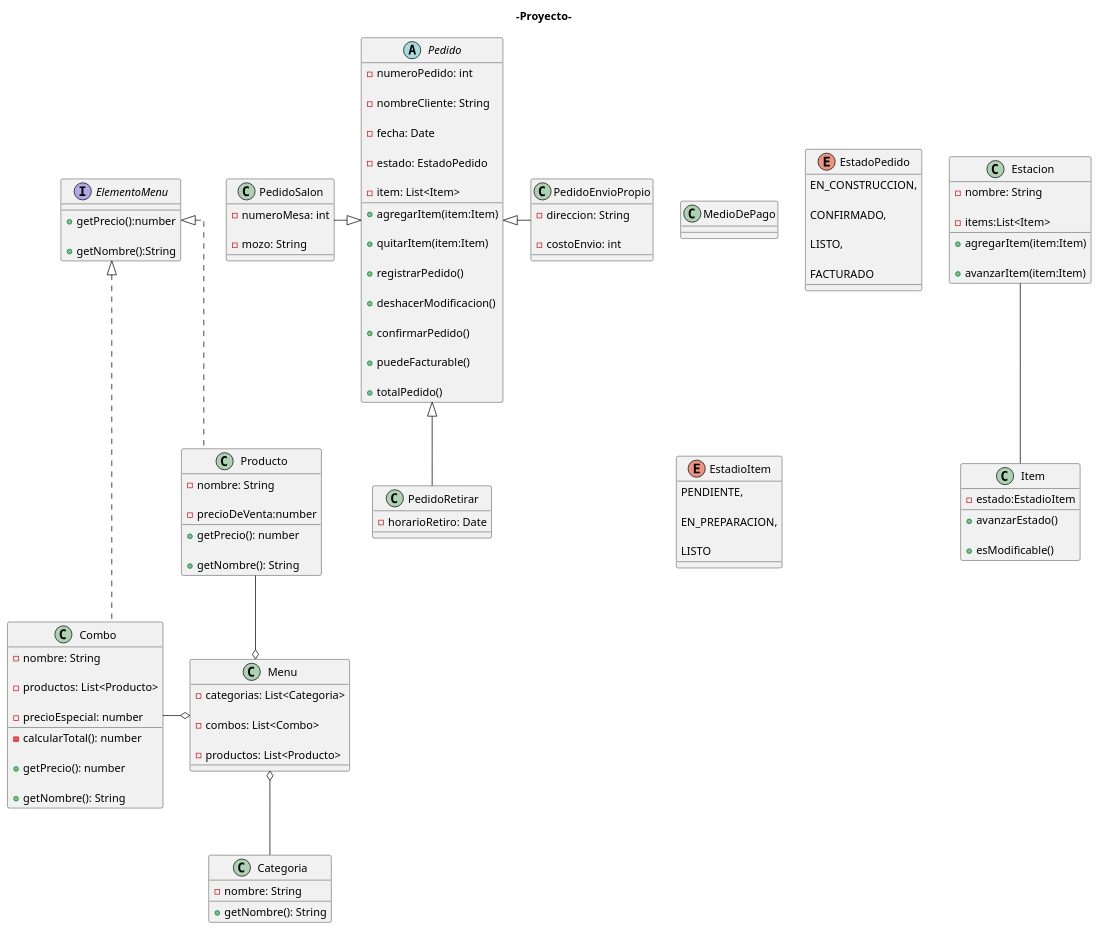
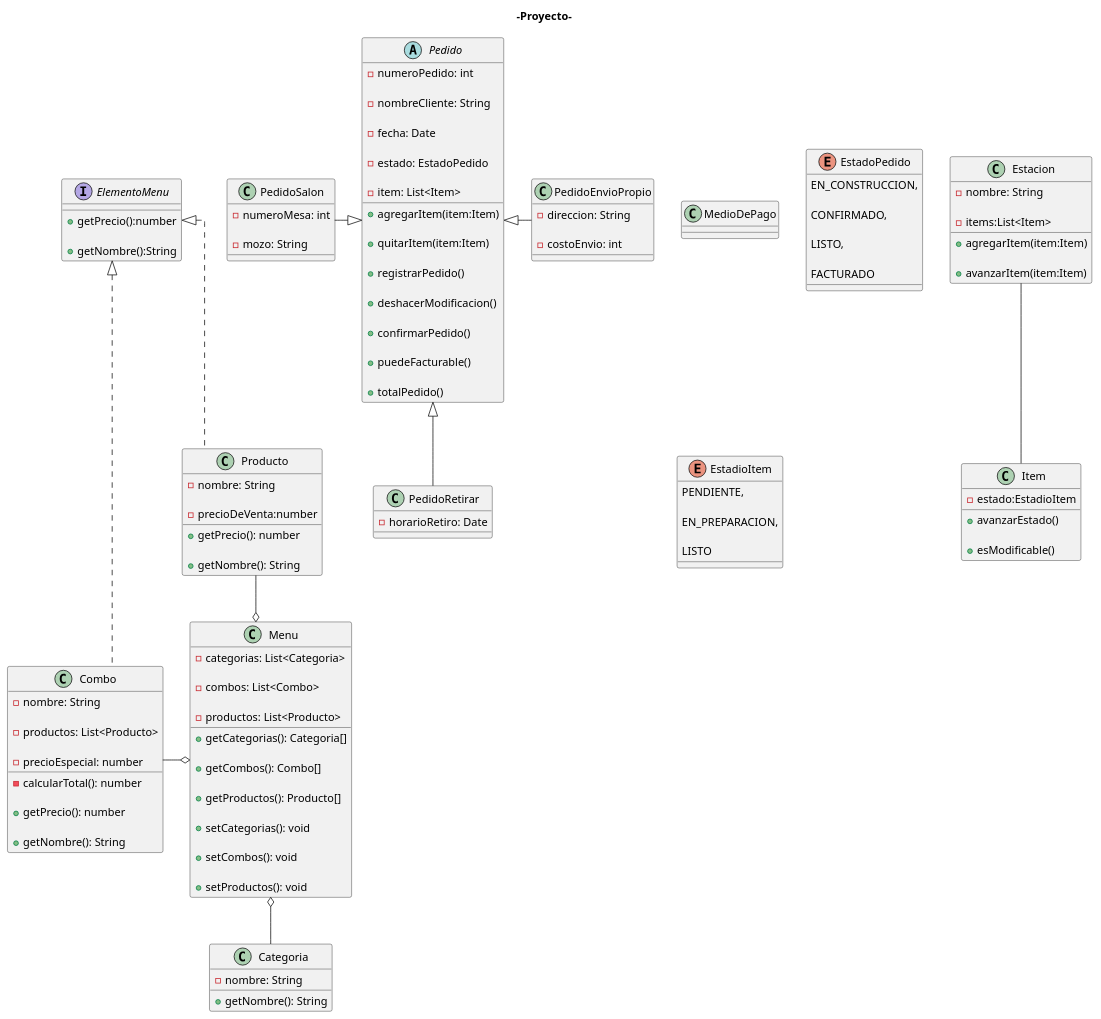
One commit to JuanJauregui2014/Tp-cuatrimestral-programacion-II changed the diagram in diagramas/diagramas.puml. Above: the diagram before and after it, drawn with PlantUML.

Commit message:
Tambien modifico el diagrama

```diff
--- a/diagramas/diagramas.puml
+++ b/diagramas/diagramas.puml
@@ -152,7 +152,17 @@
 
     -productos: List<Producto>
 
+    + getCategorias(): Categoria[]
 
+    + getCombos(): Combo[]
+
+    + getProductos(): Producto[]
+
+    + setCategorias(): void
+
+    + setCombos(): void
+
+    + setProductos(): void
 
 }
 
```
